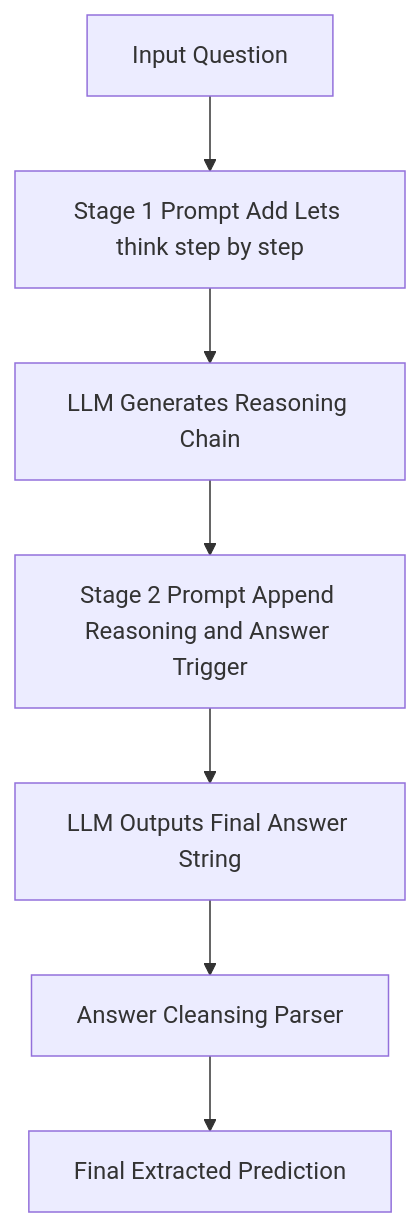
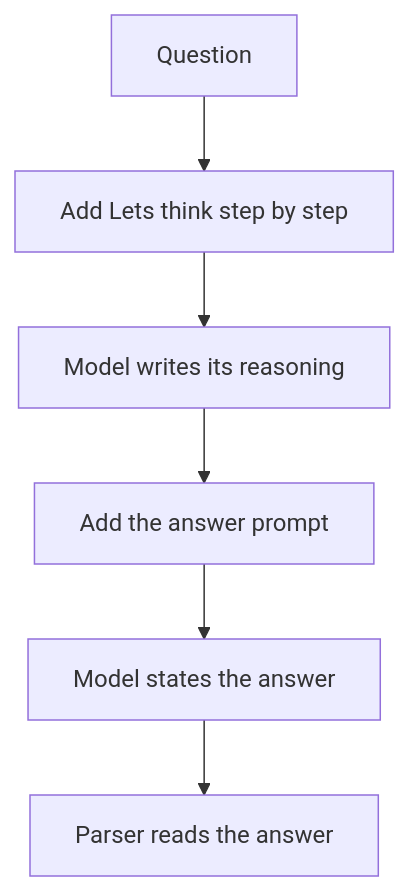
Before and after one commit to Tarunsai08/PaperStack: the diagram in content/papers/large-language-models-are-zero-shot-reasoners.md, drawn with Mermaid. The commit also changed other lines of this file and 7 other files, not shown here.

````diff
--- a/content/papers/large-language-models-are-zero-shot-reasoners.md
+++ b/content/papers/large-language-models-are-zero-shot-reasoners.md
@@ -109,9 +85,8 @@
 ```mermaid
 flowchart TD
-    Q[Input Question] --> S1[Stage 1 Prompt Add Lets think step by step]
-    S1 --> R[LLM Generates Reasoning Chain]
-    R --> S2[Stage 2 Prompt Append Reasoning and Answer Trigger]
-    S2 --> A[LLM Outputs Final Answer String]
-    A --> P[Answer Cleansing Parser]
-    P --> F[Final Extracted Prediction]
+  A[Question] --> B[Add Lets think step by step]
+  B --> C[Model writes its reasoning]
+  C --> D[Add the answer prompt]
+  D --> E[Model states the answer]
+  E --> F[Parser reads the answer]
 ```
````
